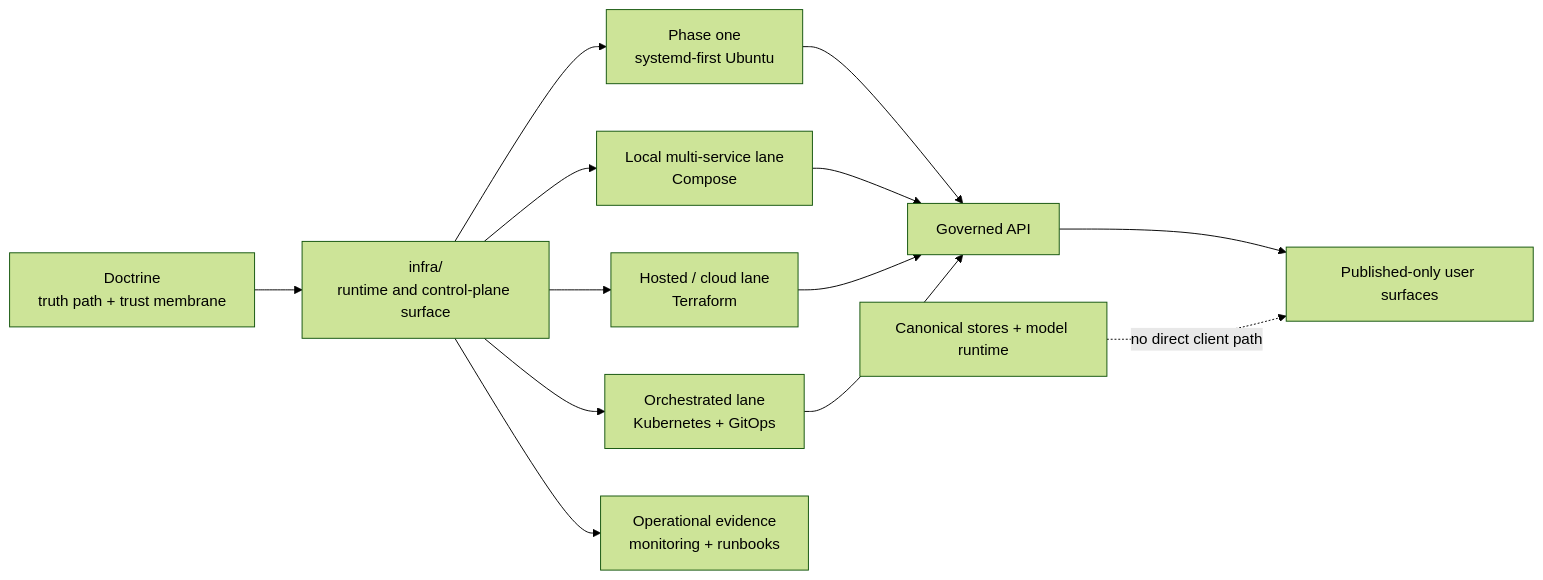
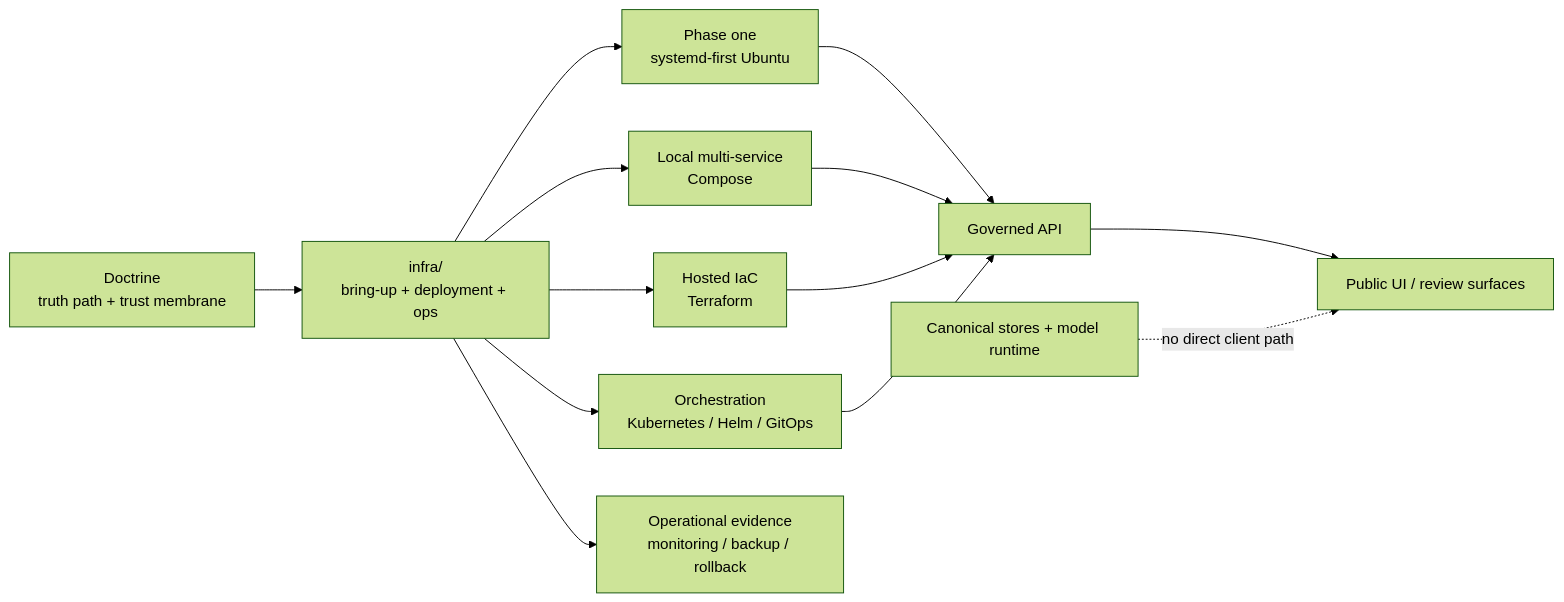
One commit to bartytime4life/Kansas-Frontier-Matrix changed the diagram in infra/README.md. Above: the diagram before and after it, drawn with Mermaid (forest theme). The commit also changed other lines of this file, not shown here.

````diff
--- a/infra/README.md
+++ b/infra/README.md
@@ -222,18 +247,18 @@
 ```mermaid
 flowchart LR
-    A[Doctrine<br/>truth path + trust membrane] --> B[infra/<br/>runtime and control-plane surface]
+    A[Doctrine<br/>truth path + trust membrane] --> B[infra/<br/>bring-up + deployment + ops]
 
     B --> C1[Phase one<br/>systemd-first Ubuntu]
-    B --> C2[Local multi-service lane<br/>Compose]
-    B --> C3[Hosted / cloud lane<br/>Terraform]
-    B --> C4[Orchestrated lane<br/>Kubernetes + GitOps]
-    B --> C5[Operational evidence<br/>monitoring + runbooks]
+    B --> C2[Local multi-service<br/>Compose]
+    B --> C3[Hosted IaC<br/>Terraform]
+    B --> C4[Orchestration<br/>Kubernetes / Helm / GitOps]
+    B --> C5[Operational evidence<br/>monitoring / backup / rollback]
 
     C1 --> D[Governed API]
     C2 --> D
     C3 --> D
     C4 --> D
 
-    D --> E[Published-only user surfaces]
+    D --> E[Public UI / review surfaces]
     X[Canonical stores + model runtime] -. no direct client path .-> E
 ```
````
